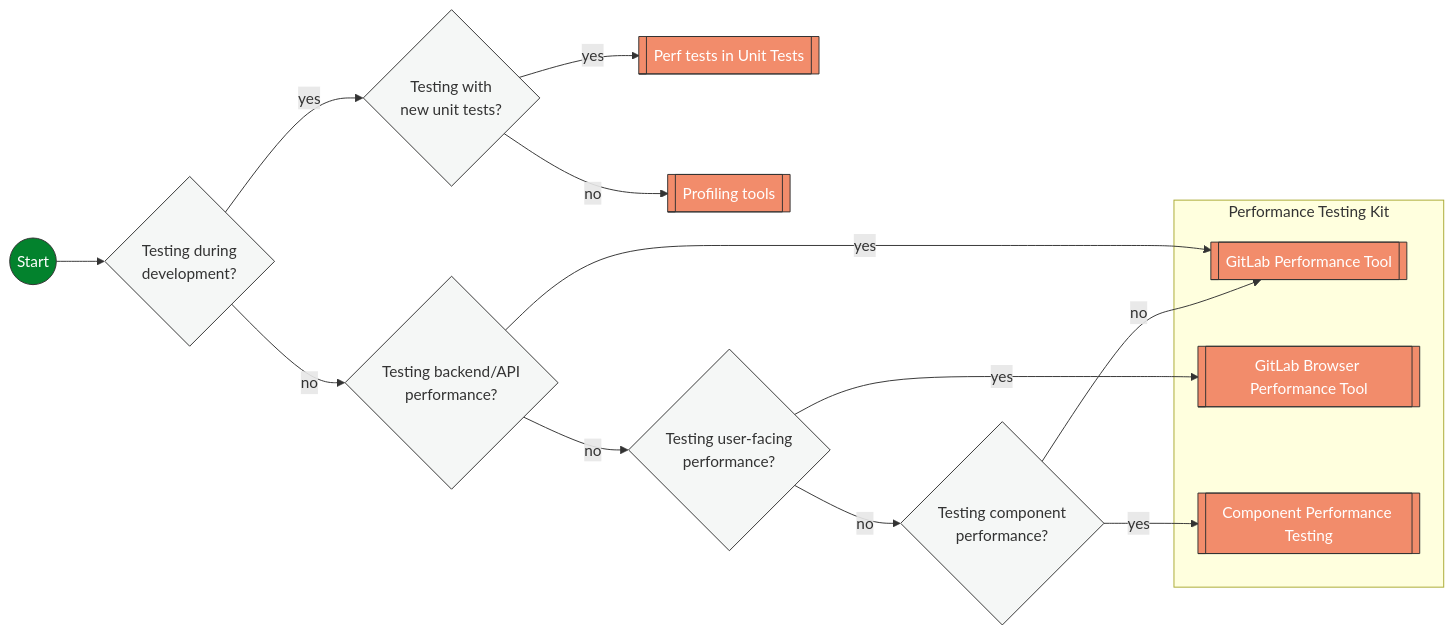
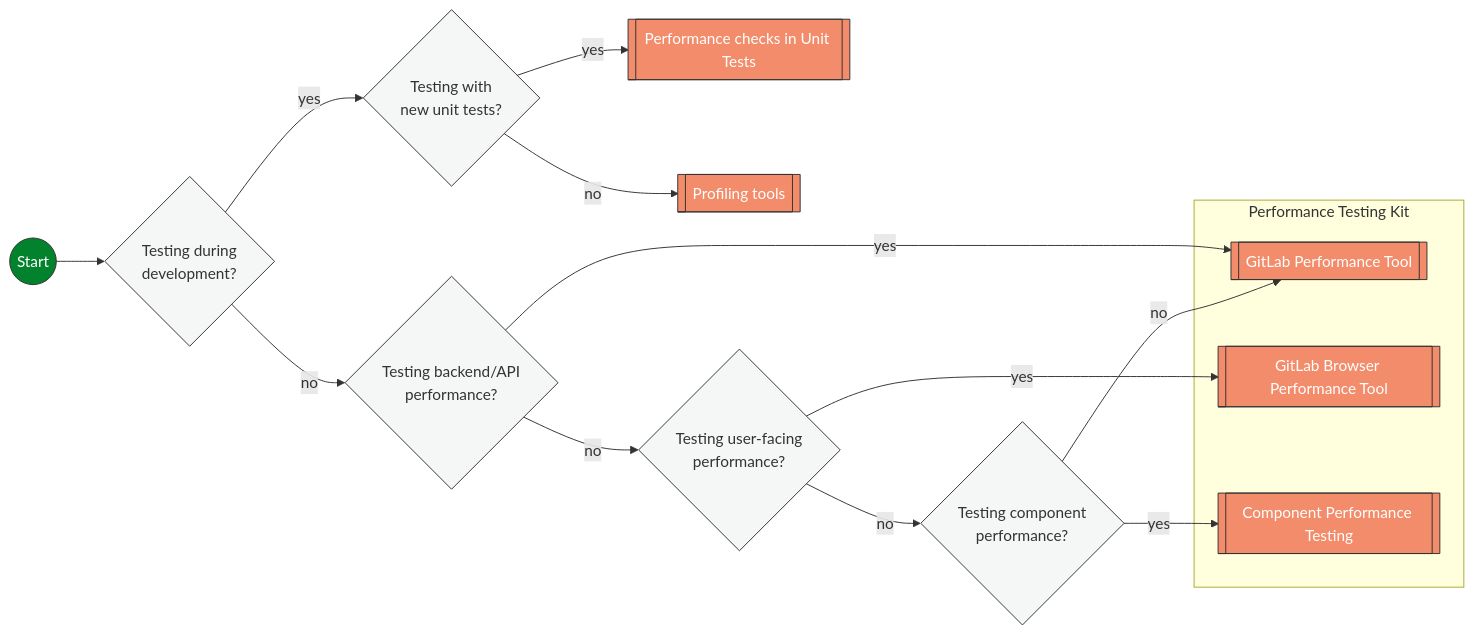
One commit to zalyoung/gitlab-handbook changed the diagram in content/handbook/engineering/testing/performance.md. Above: the diagram before and after it, drawn with Mermaid.

Commit message:
Yet another phrasing adjustment

````diff
--- a/content/handbook/engineering/testing/performance.md
+++ b/content/handbook/engineering/testing/performance.md
@@ -9,58 +9,58 @@
 ```mermaid
 flowchart LR
   subgraph "Performance Testing Kit"
     GPT[[GitLab Performance Tool]]
     GBPT[[GitLab Browser Performance Tool]]
     CPT[[Component Performance Testing]]
   end
 
   START((Start))
-  UNIT[[Perf tests in Unit Tests]]
+  UNIT[[Performance checks in Unit Tests]]
   PROFILE[[Profiling tools]]
 
   SPECS{Testing with\nnew unit tests?}
   BUILT{Testing during\ndevelopment?}
   UI{Testing user-facing\nperformance?}
   ENV{Testing backend/API\nperformance?}
   COMPONENT{Testing component\nperformance?}
 
   START --> BUILT
   BUILT -- no --> ENV
   BUILT -- yes --> SPECS
   SPECS -- yes --> UNIT
   SPECS -- no --> PROFILE
 
   UI -- yes --> GBPT
   UI -- no --> COMPONENT
 
   COMPONENT -- yes --> CPT
   COMPONENT -- no --> GPT
 
   ENV -- yes --> GPT
   ENV -- no --> UI
 
   %% Class definition
   classDef decision fill:#f5f7f6,stroke:#333,stroke-width:1px,rx:5px;
   classDef tool fill:#F28C6B,stroke:#333,stroke-width:1px,color:white,rx:5px;
   classDef start fill:#03822d,stroke:#333,stroke-width:1px,color:white,rx:10px;
 
   class UI,ENV,BUILT,COMPONENT,SPECS decision;
   class GBPT,CPT,GPT,PROFILE,UNIT tool;
   class START start;
 
   %% Tool tooltips with links
   click GPT "#system-level-load-testing" "GitLab Performance Tool - Load testing for GitLab instances and reference architectures"
   click GBPT "#client-side-performance-testing" "Browser performance testing using SiteSpeed.io to measure user-facing performance"
   click CPT "#component-performance-testing" "Load testing for specific subsystems or components like Gitaly"
   click PROFILE "#profiling" "Ruby profiling tools: ruby-prof, stackprof, memory_profiler, rbspy, and others"
 
   %% Decision node tooltips
   click BUILT "javascript:void(0)" "Is the code/feature still under active development? Use early-stage performance tools if yes."
   click SPECS "javascript:void(0)" "Are you writing new test specifications or adding performance assertions to existing tests?"
   click UI "javascript:void(0)" "Are you primarily testing user-facing performance like page load times and UI responsiveness?"
   click ENV "javascript:void(0)" "Are you testing server-side performance like API response times, database queries, or system throughput?"
   click COMPONENT "javascript:void(0)" "Are you testing an isolated component or subsystem rather than the full GitLab application?"
 
   %% Unit testing tooltip
   click UNIT "javascript:void(0)" "Add performance assertions and benchmarks directly within your unit test suite for fast feedback"
 ```
````
